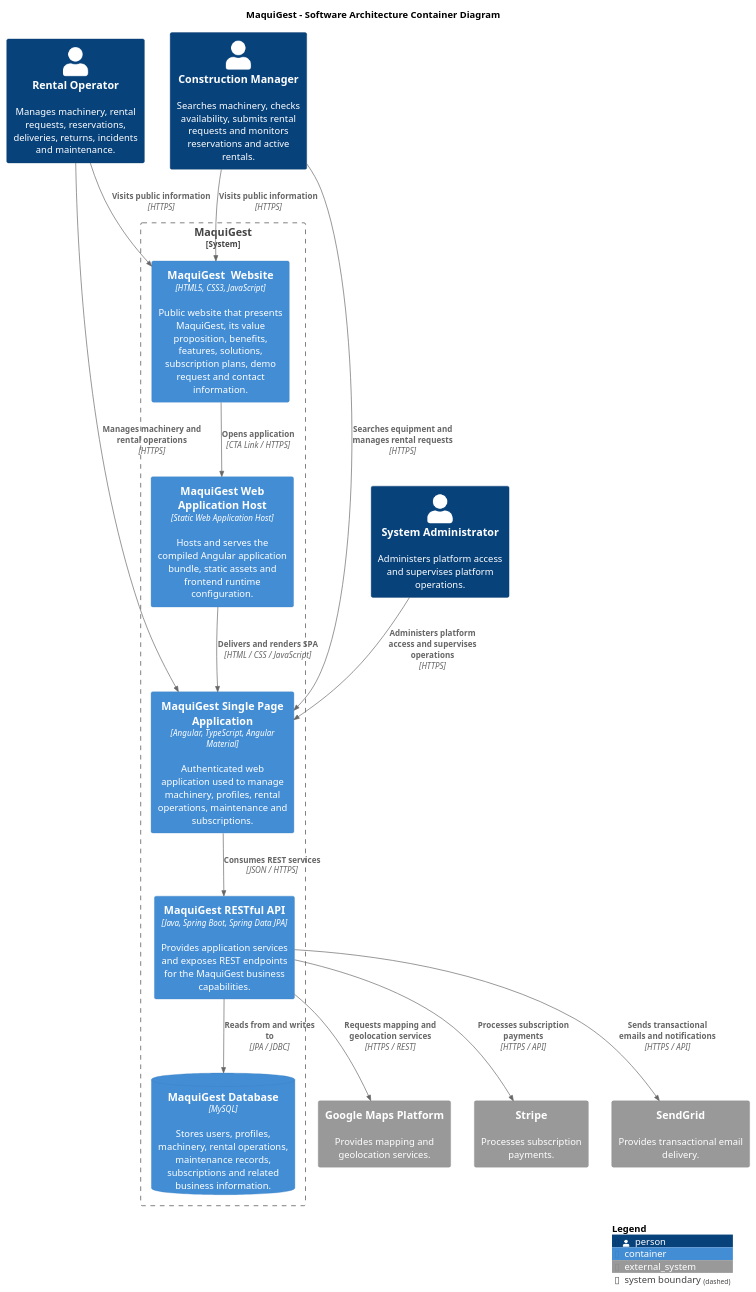
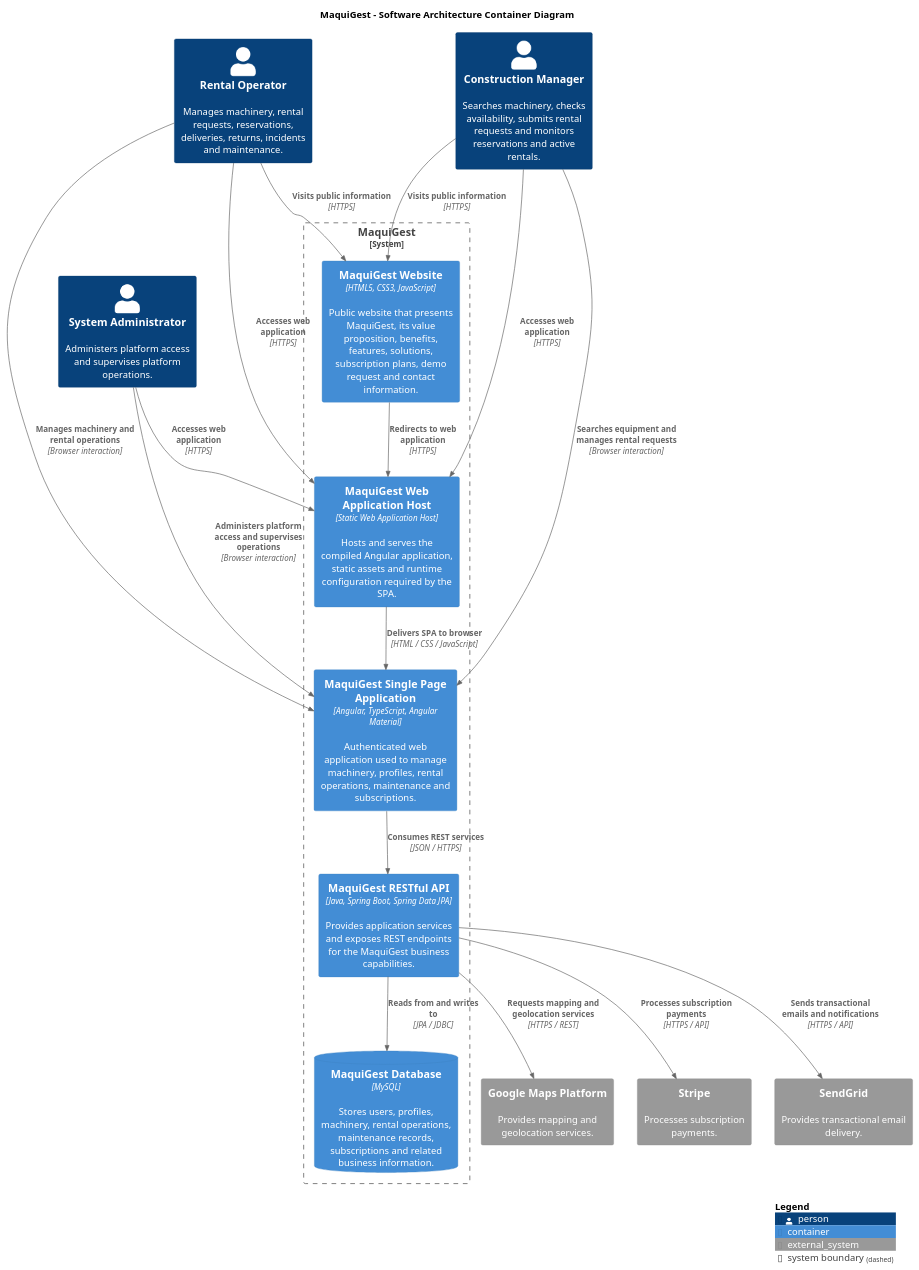
One commit to upc-pre-202620-1asi0729-7750-cleancode/maquigest-report changed the diagram in assets/plantuml/chapter-4/c4/container/maquigest-c4-container-diagram.puml. Above: the diagram before and after it, drawn with PlantUML. The commit also changed 1 other file, not shown here.

Commit message:
docs(architecture): update container diagram user interactions.

```diff
--- a/assets/plantuml/chapter-4/c4/container/maquigest-c4-container-diagram.puml
+++ b/assets/plantuml/chapter-4/c4/container/maquigest-c4-container-diagram.puml
@@ -1,42 +1,47 @@
 @startuml
 
-!include https://raw.githubusercontent.com/plantuml-stdlib/C4-PlantUML/master/C4_Container.puml
+!includeurl https://raw.githubusercontent.com/plantuml-stdlib/C4-PlantUML/master/C4_Container.puml
 
 title MaquiGest - Software Architecture Container Diagram
 
 Person(rentalOperator, "Rental Operator", "Manages machinery, rental requests, reservations, deliveries, returns, incidents and maintenance.")
 Person(constructionManager, "Construction Manager", "Searches machinery, checks availability, submits rental requests and monitors reservations and active rentals.")
 Person(systemAdministrator, "System Administrator", "Administers platform access and supervises platform operations.")
 
 System_Boundary(maquigest, "MaquiGest") {
-    Container(landingWebsite, "MaquiGest  Website", "HTML5, CSS3, JavaScript", "Public website that presents MaquiGest, its value proposition, benefits, features, solutions, subscription plans, demo request and contact information.")
-    Container(webAppHost, "MaquiGest Web Application Host", "Static Web Application Host", "Hosts and serves the compiled Angular application bundle, static assets and frontend runtime configuration.")
+    Container(landingWebsite, "MaquiGest Website", "HTML5, CSS3, JavaScript", "Public website that presents MaquiGest, its value proposition, benefits, features, solutions, subscription plans, demo request and contact information.")
+    Container(webAppHost, "MaquiGest Web Application Host", "Static Web Application Host", "Hosts and serves the compiled Angular application, static assets and runtime configuration required by the SPA.")
     Container(spa, "MaquiGest Single Page Application", "Angular, TypeScript, Angular Material", "Authenticated web application used to manage machinery, profiles, rental operations, maintenance and subscriptions.")
     Container(api, "MaquiGest RESTful API", "Java, Spring Boot, Spring Data JPA", "Provides application services and exposes REST endpoints for the MaquiGest business capabilities.")
     ContainerDb(database, "MaquiGest Database", "MySQL", "Stores users, profiles, machinery, rental operations, maintenance records, subscriptions and related business information.")
 }
 
 System_Ext(googleMaps, "Google Maps Platform", "Provides mapping and geolocation services.")
 System_Ext(stripe, "Stripe", "Processes subscription payments.")
 System_Ext(sendGrid, "SendGrid", "Provides transactional email delivery.")
 
 Rel(rentalOperator, landingWebsite, "Visits public information", "HTTPS")
 Rel(constructionManager, landingWebsite, "Visits public information", "HTTPS")
 
-Rel(landingWebsite, webAppHost, "Opens application", "CTA Link / HTTPS")
-Rel(webAppHost, spa, "Delivers and renders SPA", "HTML / CSS / JavaScript")
+Rel(landingWebsite, webAppHost, "Redirects to web application", "HTTPS")
 
-Rel(rentalOperator, spa, "Manages machinery and rental operations", "HTTPS")
-Rel(constructionManager, spa, "Searches equipment and manages rental requests", "HTTPS")
-Rel(systemAdministrator, spa, "Administers platform access and supervises operations", "HTTPS")
+Rel(rentalOperator, webAppHost, "Accesses web application", "HTTPS")
+Rel(constructionManager, webAppHost, "Accesses web application", "HTTPS")
+Rel(systemAdministrator, webAppHost, "Accesses web application", "HTTPS")
+
+Rel(webAppHost, spa, "Delivers SPA to browser", "HTML / CSS / JavaScript")
+
+Rel(rentalOperator, spa, "Manages machinery and rental operations", "Browser interaction")
+Rel(constructionManager, spa, "Searches equipment and manages rental requests", "Browser interaction")
+Rel(systemAdministrator, spa, "Administers platform access and supervises operations", "Browser interaction")
 
 Rel(spa, api, "Consumes REST services", "JSON / HTTPS")
 Rel(api, database, "Reads from and writes to", "JPA / JDBC")
 
 Rel(api, googleMaps, "Requests mapping and geolocation services", "HTTPS / REST")
 Rel(api, stripe, "Processes subscription payments", "HTTPS / API")
 Rel(api, sendGrid, "Sends transactional emails and notifications", "HTTPS / API")
 
 SHOW_LEGEND()
 
 @enduml
```
